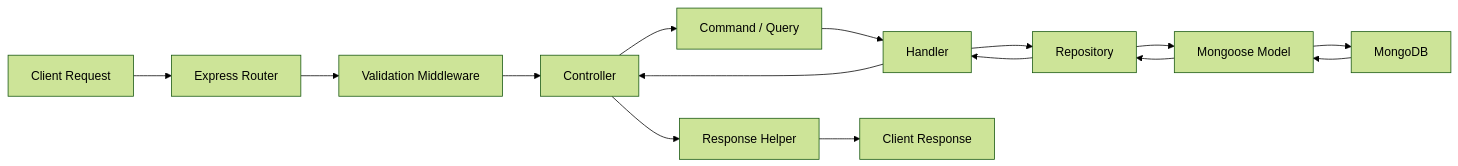
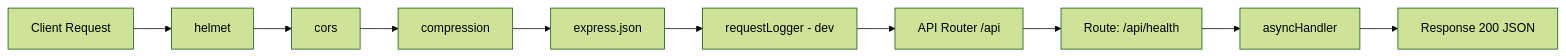
One commit to cloudtecki/the-woven-kitchen-api changed the first of 3 diagrams in docs/01-request-flow.md. Above: the diagram before and after it, drawn with Mermaid (forest theme). The commit also changed other lines of this file and 214 other files, not shown here.

````diff
--- a/docs/01-request-flow.md
+++ b/docs/01-request-flow.md
@@ -10,17 +13,12 @@
 ```mermaid
 flowchart LR
-    A[Client Request] --> B[Express Router]
-    B --> C[Validation Middleware]
-    C --> D[Controller]
-    D --> E[Command / Query]
-    E --> F[Handler]
-    F --> G[Repository]
-    G --> H[Mongoose Model]
-    H --> I[MongoDB]
-    I --> H
-    H --> G
-    G --> F
-    F --> D
-    D --> J[Response Helper]
-    J --> K[Client Response]
+    A[Client Request] --> B[helmet]
+    B --> C[cors]
+    C --> D[compression]
+    D --> E[express.json]
+    E --> F[requestLogger - dev]
+    F --> G[API Router /api]
+    G --> H[Route: /api/health]
+    H --> I[asyncHandler]
+    I --> J[Response 200 JSON]
 ```
````
